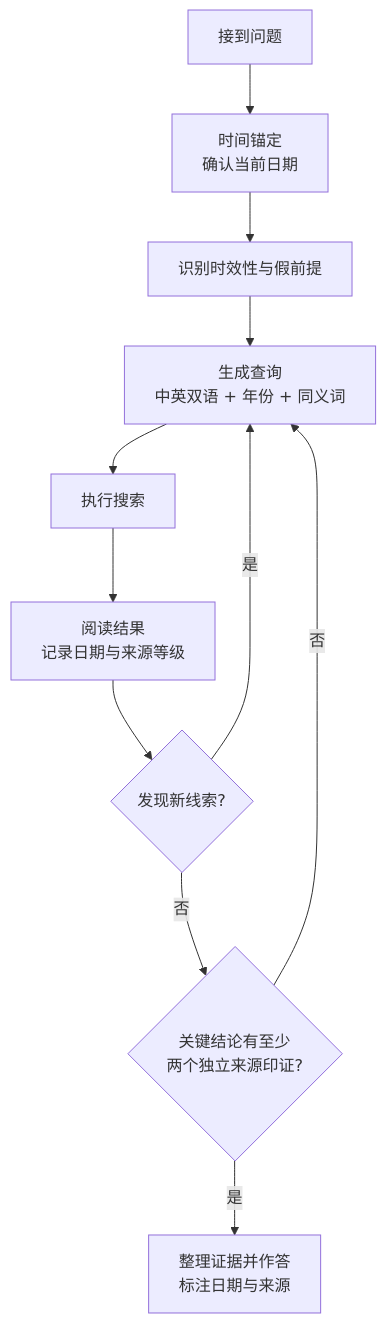
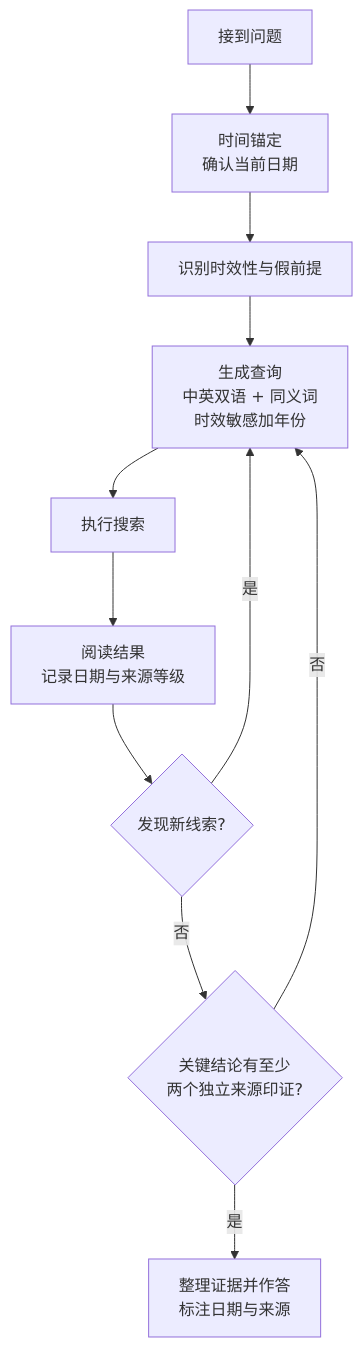
One commit to xuchaoxin1375/skills-for-developer changed the diagram in skills/agentic-web-search/SKILL.md. Above: the diagram before and after it, drawn with Mermaid. The commit also changed other lines of this file and 5 other files, not shown here.

````diff
--- a/skills/agentic-web-search/SKILL.md
+++ b/skills/agentic-web-search/SKILL.md
@@ -32,13 +33,13 @@
 ```mermaid
 flowchart TD
     S["接到问题"] --> T["时间锚定<br>确认当前日期"]
     T --> P["识别时效性与假前提"]
-    P --> Q["生成查询<br>中英双语 + 年份 + 同义词"]
+    P --> Q["生成查询<br>中英双语 + 同义词<br>时效敏感加年份"]
     Q --> R["执行搜索"]
     R --> E["阅读结果<br>记录日期与来源等级"]
     E --> N{"发现新线索?"}
     N -- "是" --> Q
     N -- "否" --> V{"关键结论有至少<br>两个独立来源印证?"}
     V -- "否" --> Q
     V -- "是" --> A["整理证据并作答<br>标注日期与来源"]
 ```
````
